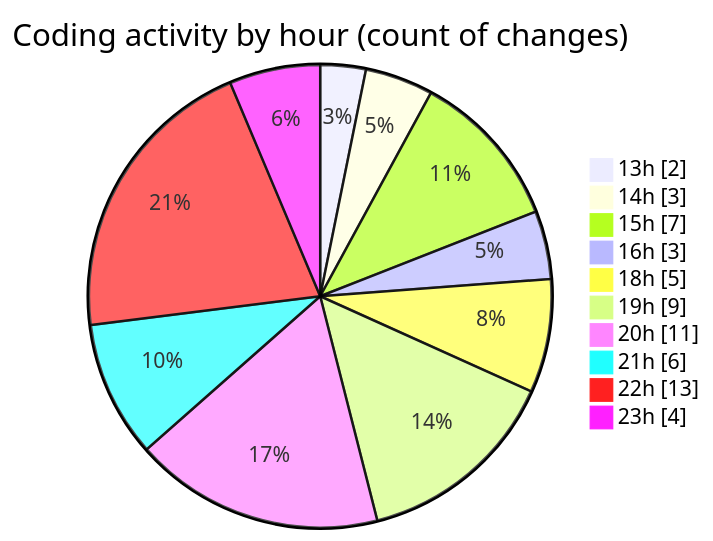
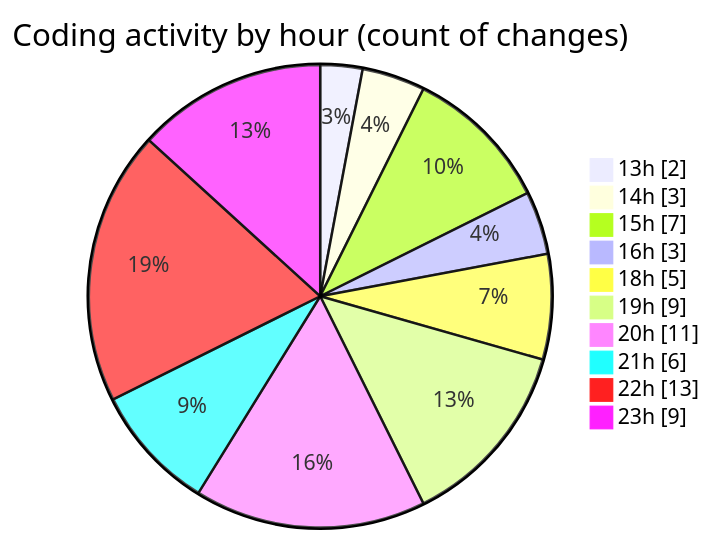
The second of 2 diagrams in 2025-11-14/cdp_aleoudev_fr__workspace_/README.md (julien-gomy/code-tracking), drawn with Mermaid before and after one commit. The commit also changed other lines of this file and 1 other file, not shown here.

````diff
--- a/2025-11-14/cdp_aleoudev_fr__workspace_/README.md
+++ b/2025-11-14/cdp_aleoudev_fr__workspace_/README.md
@@ -45,14 +45,14 @@
 ```mermaid
 pie showData
 title Coding activity by hour (count of changes)
 "13h" : 2
 "14h" : 3
 "15h" : 7
 "16h" : 3
 "18h" : 5
 "19h" : 9
 "20h" : 11
 "21h" : 6
 "22h" : 13
-"23h" : 4
+"23h" : 9
 ```
````
